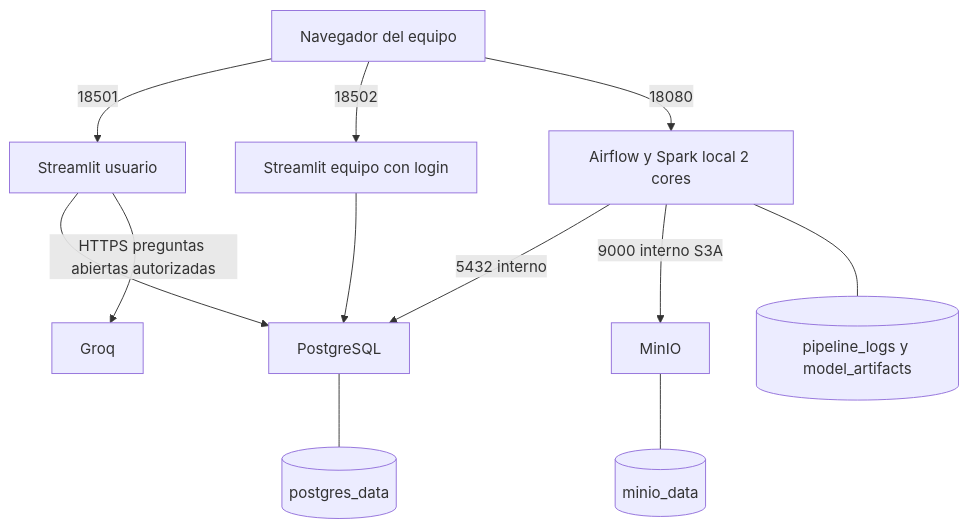
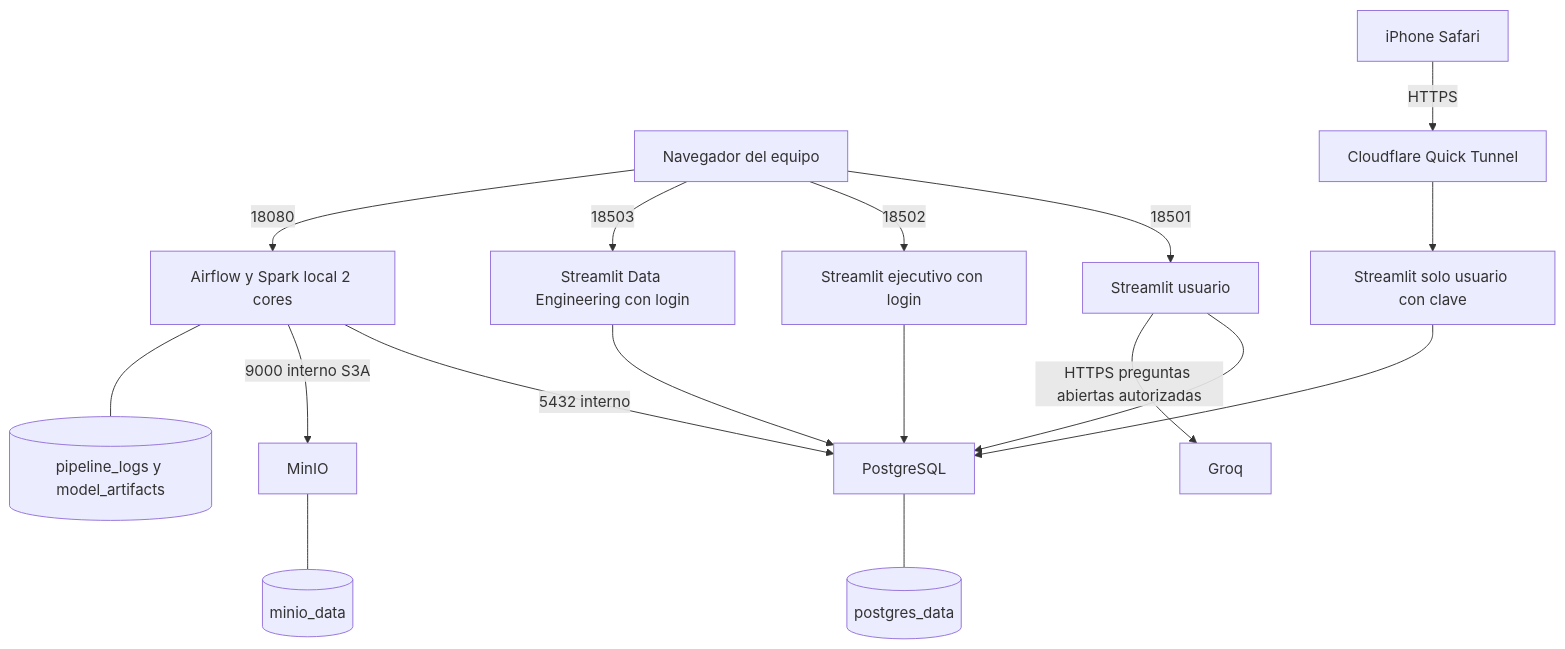
One commit to gregoirewah-png/Gemelo-Digital-Financiero changed the second of 2 diagrams in Documento de Arquitectura.md. Above: the diagram before and after it, drawn with Mermaid. The commit also changed other lines of this file and 1577 other files, not shown here.

````diff
--- a/Documento de Arquitectura.md
+++ b/Documento de Arquitectura.md
@@ -294,14 +297,19 @@
 ```mermaid
 flowchart TB
     Browser[Navegador del equipo] -->|18501| User[Streamlit usuario]
-    Browser -->|18502| Ops[Streamlit equipo con login]
+    Browser -->|18502| Exec[Streamlit ejecutivo con login]
+    Browser -->|18503| Ops[Streamlit Data Engineering con login]
+    Phone[iPhone Safari] -->|HTTPS| Tunnel[Cloudflare Quick Tunnel]
+    Tunnel --> Mobile[Streamlit solo usuario con clave]
+    Mobile --> PG
+    Exec --> PG
     Browser -->|18080| Airflow[Airflow y Spark local 2 cores]
     Airflow -->|5432 interno| PG[PostgreSQL]
     Airflow -->|9000 interno S3A| Minio[MinIO]
     User --> PG
     Ops --> PG
     PG --- VPG[(postgres_data)]
     Minio --- VM[(minio_data)]
     Airflow --- VL[(pipeline_logs y model_artifacts)]
     User -->|HTTPS preguntas abiertas autorizadas| Groq[Groq]
 ```
````
